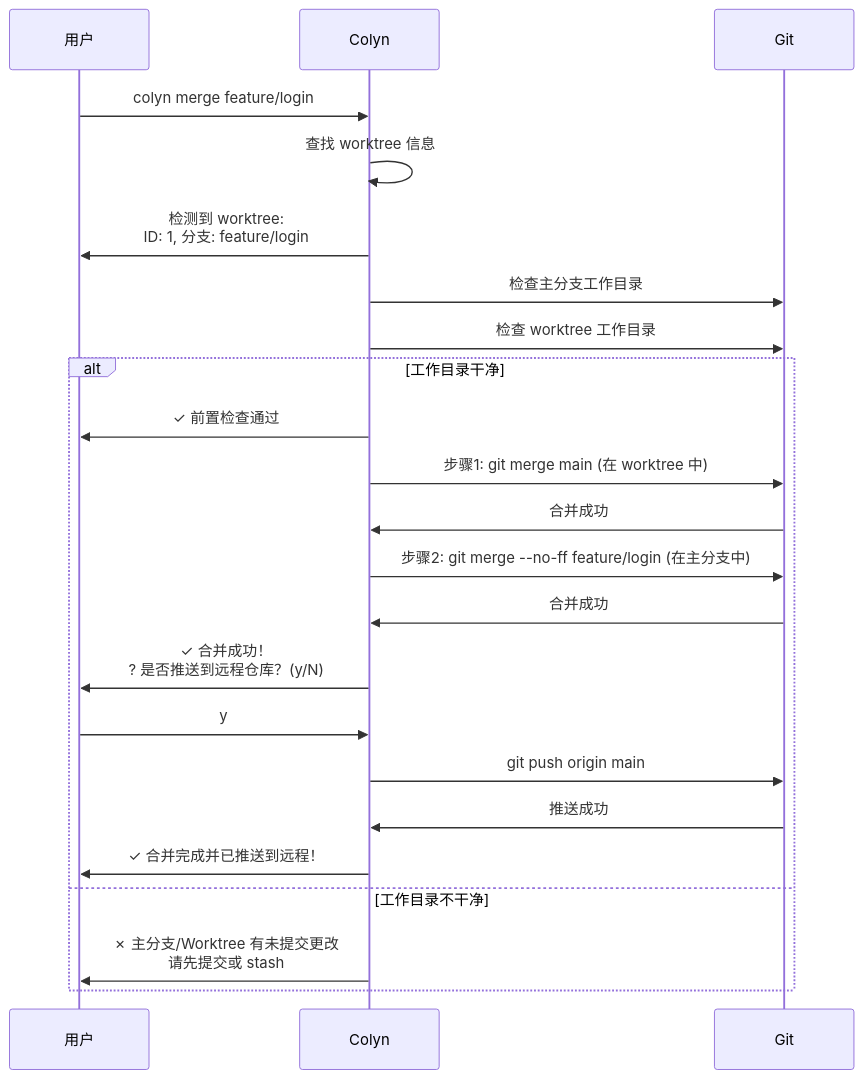
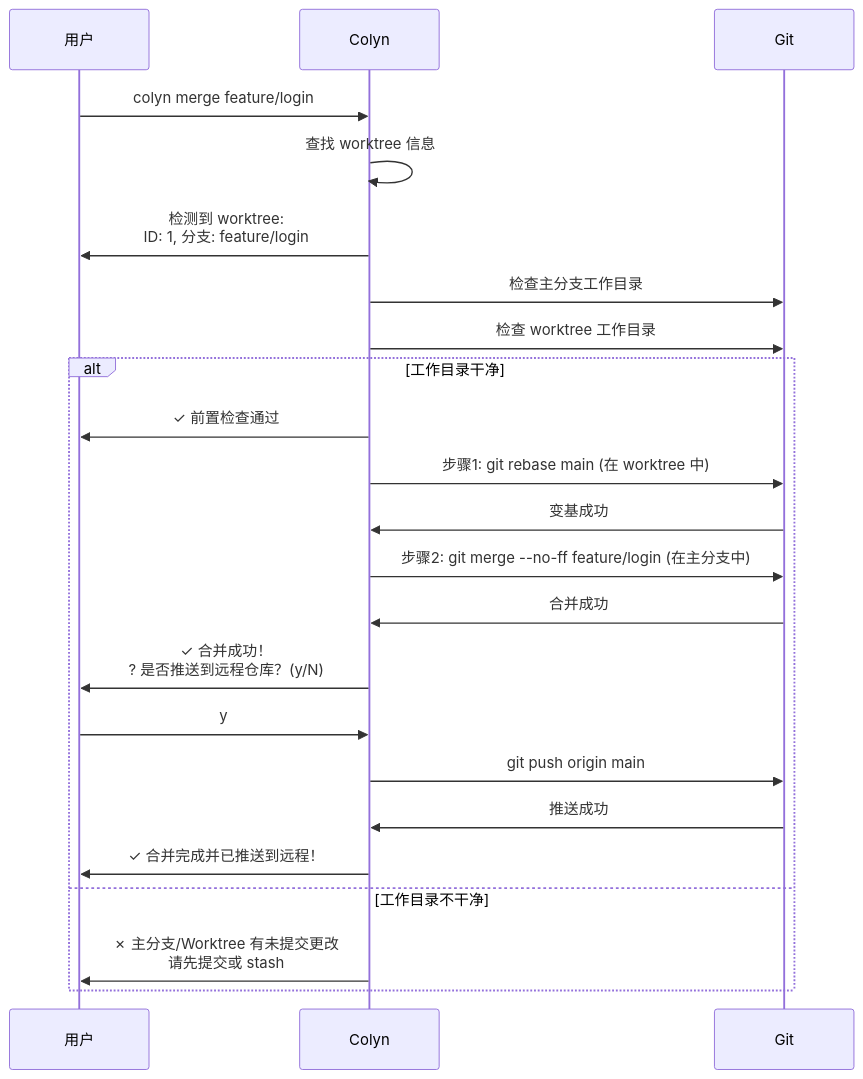
The first of 6 diagrams in docs/design-merge-command.md (colin-han/colyn), drawn with Mermaid before and after one commit. The commit also changed other lines of this file and 5 other files, not shown here.

````diff
--- a/docs/design-merge-command.md
+++ b/docs/design-merge-command.md
@@ -44,28 +45,28 @@
 ```mermaid
 sequenceDiagram
     participant U as 用户
     participant C as Colyn
     participant G as Git
 
     U->>C: colyn merge feature/login
     C->>C: 查找 worktree 信息
     C->>U: 检测到 worktree:<br/>ID: 1, 分支: feature/login
 
     C->>G: 检查主分支工作目录
     C->>G: 检查 worktree 工作目录
 
     alt 工作目录干净
         C->>U: ✓ 前置检查通过
-        C->>G: 步骤1: git merge main (在 worktree 中)
-        G->>C: 合并成功
+        C->>G: 步骤1: git rebase main (在 worktree 中)
+        G->>C: 变基成功
         C->>G: 步骤2: git merge --no-ff feature/login (在主分支中)
         G->>C: 合并成功
         C->>U: ✓ 合并成功！<br/>? 是否推送到远程仓库？(y/N)
         U->>C: y
         C->>G: git push origin main
         G->>C: 推送成功
         C->>U: ✓ 合并完成并已推送到远程！
     else 工作目录不干净
         C->>U: ✗ 主分支/Worktree 有未提交更改<br/>请先提交或 stash
     end
 ```
````
